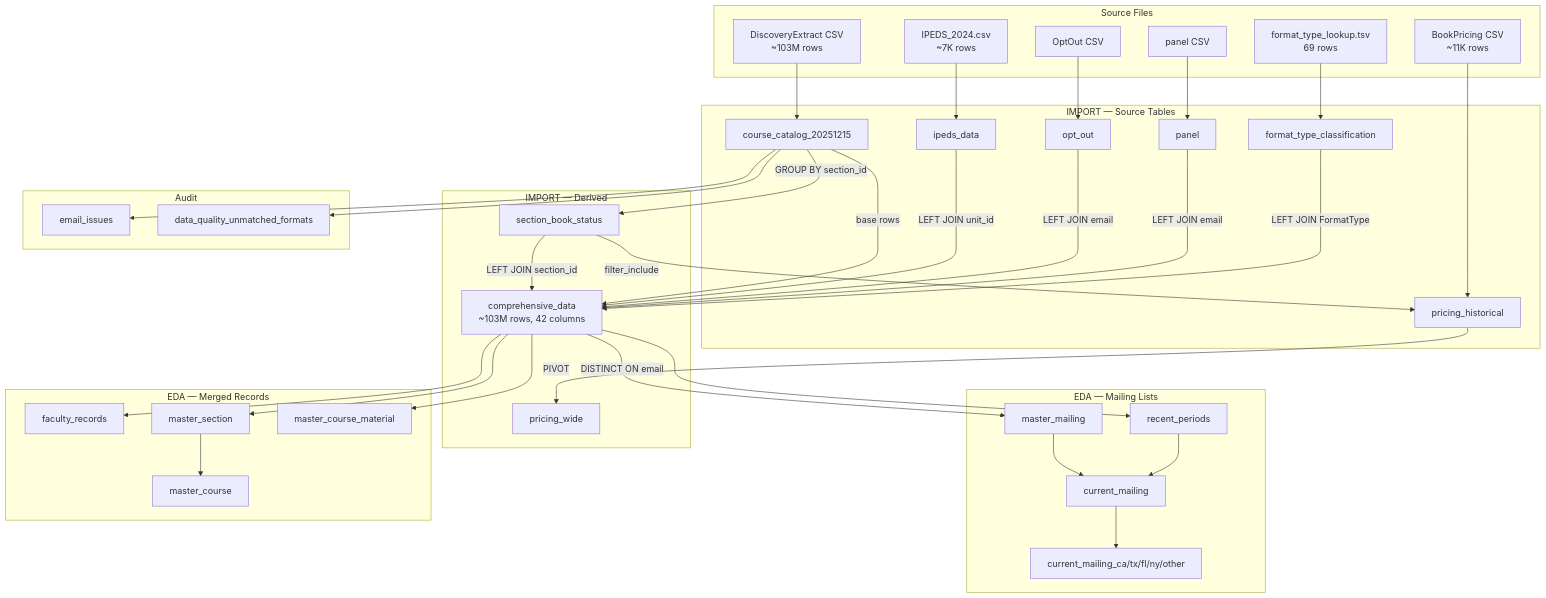
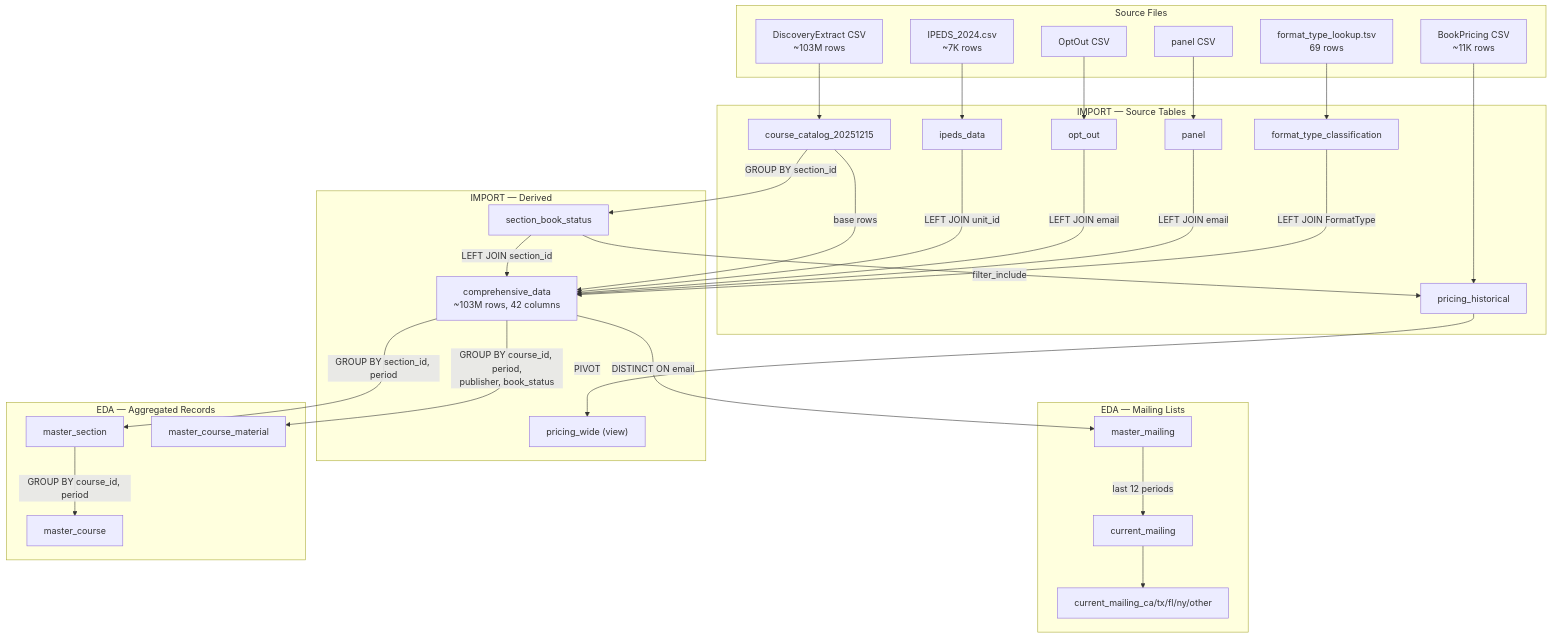
One commit to christopherseaman/commodoreSQL changed the diagram in SCHEMA.md. Above: the diagram before and after it, drawn with Mermaid. The commit also changed other lines of this file and 8 other files, not shown here.

````diff
--- a/SCHEMA.md
+++ b/SCHEMA.md
@@ -47,77 +47,65 @@
 ```mermaid
 flowchart TD
     subgraph sources ["Source Files"]
         csv_catalog["DiscoveryExtract CSV\n~103M rows"]
         csv_ipeds["IPEDS_2024.csv\n~7K rows"]
         csv_optout["OptOut CSV"]
         csv_panel["panel CSV"]
         csv_lookup["format_type_lookup.tsv\n69 rows"]
         csv_pricing["BookPricing CSV\n~11K rows"]
     end
 
     subgraph import_tables ["IMPORT — Source Tables"]
         catalog["course_catalog_20251215"]
         ipeds["ipeds_data"]
         optout["opt_out"]
         panel["panel"]
         ftc["format_type_classification"]
         pricing["pricing_historical"]
     end
 
     subgraph import_derived ["IMPORT — Derived"]
         sbs["section_book_status"]
-        pw["pricing_wide"]
+        pw["pricing_wide (view)"]
         cd["comprehensive_data\n~103M rows, 42 columns"]
-    end
-
-    subgraph import_audit ["Audit"]
-        ei["email_issues"]
-        dq["data_quality_unmatched_formats"]
     end
 
     subgraph eda_mailing ["EDA — Mailing Lists"]
         mm["master_mailing"]
-        rp["recent_periods"]
         cm["current_mailing"]
         cm_states["current_mailing_ca/tx/fl/ny/other"]
     end
 
-    subgraph eda_records ["EDA — Merged Records"]
-        fr["faculty_records"]
+    subgraph eda_records ["EDA — Aggregated Records"]
         ms["master_section"]
         mc["master_course"]
         mcm["master_course_material"]
     end
 
     csv_catalog --> catalog
     csv_ipeds --> ipeds
     csv_optout --> optout
     csv_panel --> panel
     csv_lookup --> ftc
     csv_pricing --> pricing
 
     catalog -->|"GROUP BY section_id"| sbs
-    catalog --> ei
-    catalog --> dq
 
     catalog -->|"base rows"| cd
     ipeds -->|"LEFT JOIN unit_id"| cd
     optout -->|"LEFT JOIN email"| cd
     panel -->|"LEFT JOIN email"| cd
     ftc -->|"LEFT JOIN FormatType"| cd
     sbs -->|"LEFT JOIN section_id"| cd
 
     sbs -->|"filter_include"| pricing
     pricing -->|"PIVOT"| pw
 
     cd -->|"DISTINCT ON email"| mm
-    cd --> rp
-    mm --> cm
-    rp --> cm
+    mm -->|"last 12 periods"| cm
     cm --> cm_states
 
-    cd --> fr
-    cd --> ms
-    cd --> mcm
-    ms --> mc
+    cd -->|"GROUP BY section_id, period"| ms
+    cd -->|"GROUP BY course_id, period,\npublisher, book_status"| mcm
+    ms -->|"GROUP BY course_id, period"| mc
 ```
````
